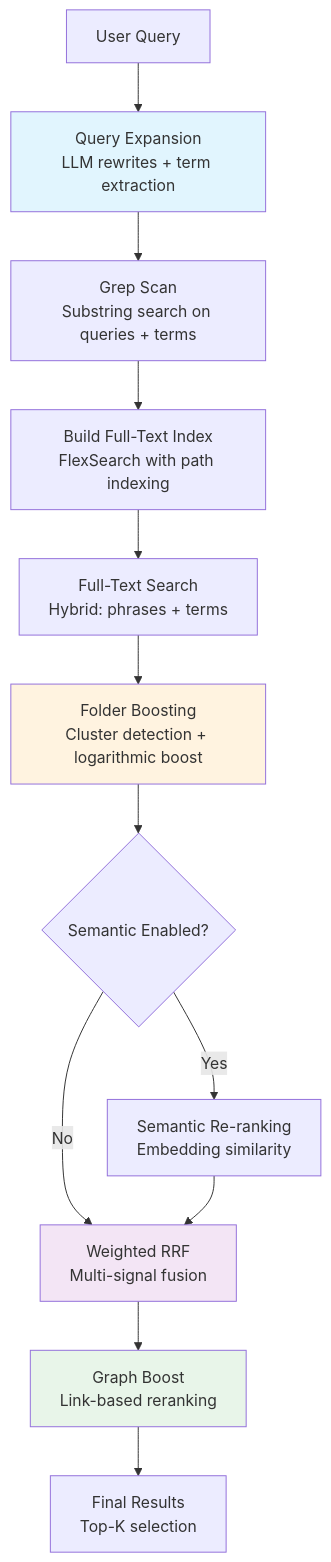
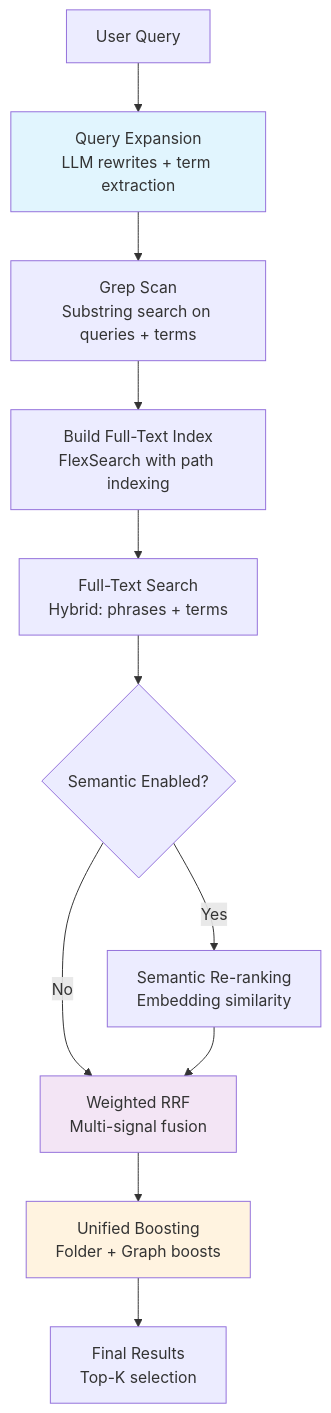
The first of 2 diagrams in src/search/v3/README.md (logancyang/obsidian-copilot), drawn with Mermaid before and after one commit. The commit also changed other lines of this file and 5 other files, not shown here.

First line of the commit message:
Refactor search scoring and implement folder boosting

````diff
--- a/src/search/v3/README.md
+++ b/src/search/v3/README.md
@@ -91,19 +92,17 @@
 ```mermaid
 graph TD
     A[User Query] --> B[Query Expansion<br/>LLM rewrites + term extraction]
     B --> C[Grep Scan<br/>Substring search on queries + terms]
     C --> E[Build Full-Text Index<br/>FlexSearch with path indexing]
     E --> F[Full-Text Search<br/>Hybrid: phrases + terms]
-    F --> FB[Folder Boosting<br/>Cluster detection + logarithmic boost]
-    FB --> G{Semantic Enabled?}
+    F --> G{Semantic Enabled?}
     G -->|Yes| H[Semantic Re-ranking<br/>Embedding similarity]
     G -->|No| I[Weighted RRF<br/>Multi-signal fusion]
     H --> I
-    I --> GB[Graph Boost<br/>Link-based reranking]
-    GB --> J[Final Results<br/>Top-K selection]
+    I --> B2[Unified Boosting<br/>Folder + Graph boosts]
+    B2 --> J[Final Results<br/>Top-K selection]
 
     style B fill:#e1f5fe
-    style FB fill:#fff3e0
-    style GB fill:#e8f5e9
+    style B2 fill:#fff3e0
     style I fill:#f3e5f5
 ```
````
